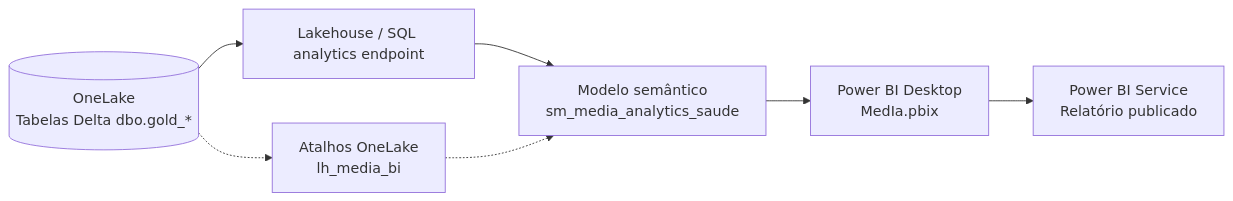
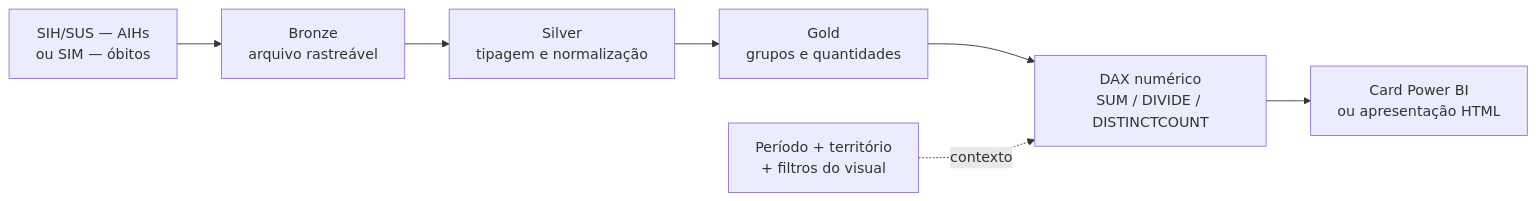
One commit to gersonpn/MedIA-fabric changed the fourth of 4 diagrams in README.md. Above: the diagram before and after it, drawn with Mermaid. The commit also changed other lines of this file and 12 other files, not shown here.

````diff
--- a/README.md
+++ b/README.md
@@ -284,9 +1239,9 @@
 ```mermaid
 flowchart LR
-    A[("OneLake<br/>Tabelas Delta dbo.gold_*")] --> B["Lakehouse / SQL analytics endpoint"]
-    B --> C["Modelo semântico<br/>sm_media_analytics_saude"]
-    C --> D["Power BI Desktop<br/>MedIa.pbix"]
-    D --> E["Power BI Service<br/>Relatório publicado"]
-    A -.-> F["Atalhos OneLake<br/>lh_media_bi"]
-    F -.-> C
+    S["SIH/SUS — AIHs<br/>ou SIM — óbitos"] --> B["Bronze<br/>arquivo rastreável"]
+    B --> V["Silver<br/>tipagem e normalização"]
+    V --> G["Gold<br/>grupos e quantidades"]
+    G --> D["DAX numérico<br/>SUM / DIVIDE / DISTINCTCOUNT"]
+    D --> H["Card Power BI<br/>ou apresentação HTML"]
+    F["Período + território<br/>+ filtros do visual"] -. "contexto" .-> D
 ```
````
